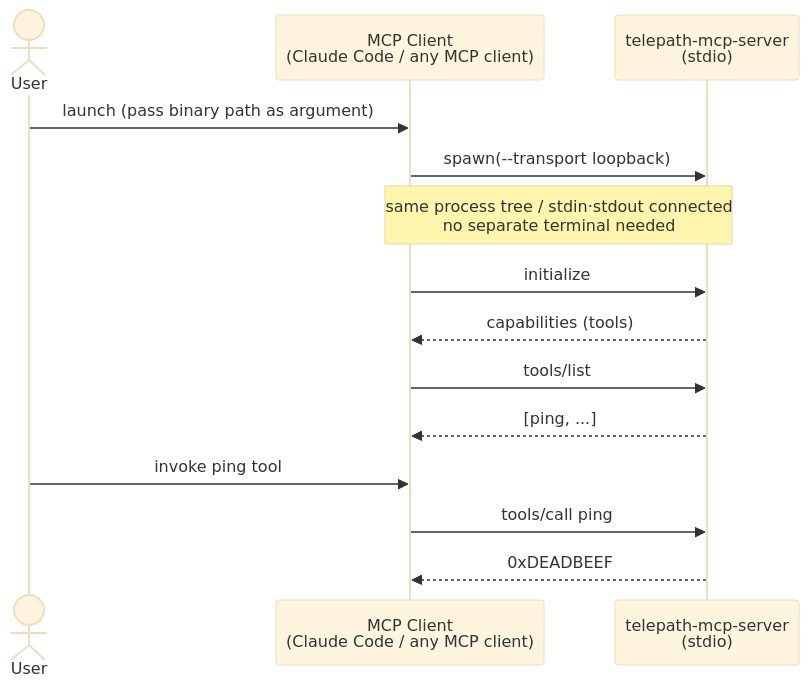
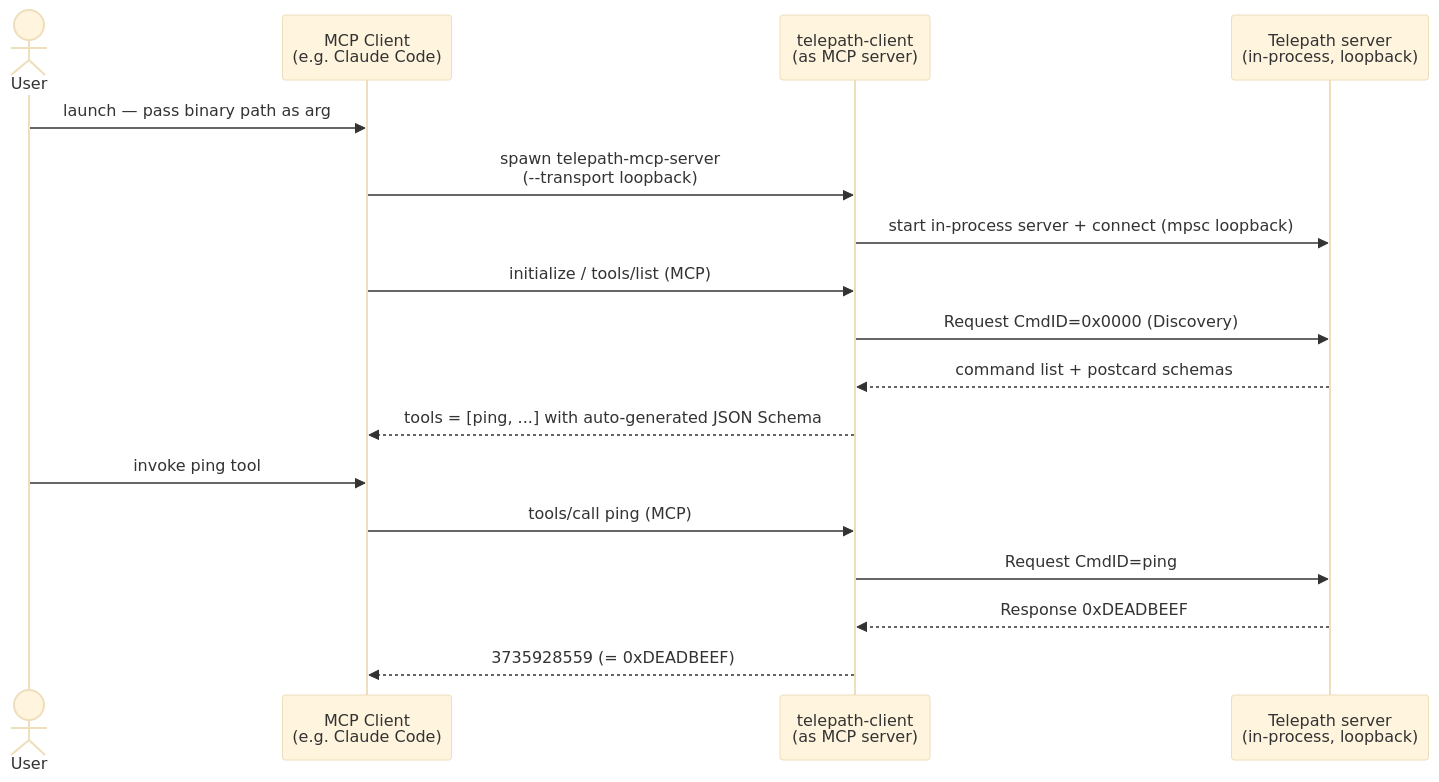
One commit to tarotene/telepath changed the diagram in tools/telepath-mcp-server/README.md. Above: the diagram before and after it, drawn with Mermaid (base theme). The commit also changed other lines of this file, not shown here.

Commit message:
docs(mcp): expand Quick start diagram to 3-layer bridge view
Replace the 2-actor sequence diagram (MCP Client ↔ telepath-mcp-server) with a
3-participant version that exposes the bridge structure: MCP Client communicates
with a telepath-client acting as an MCP server, which in turn drives an in-process
Telepath server over mpsc loopback.

The Discovery round-trip (CmdID=0x0000) is now visible alongside the tool-call
round-trip, making "zero hand-written tool descriptors" immediately legible.

Surrounding prose is tightened to one paragraph + two cross-references (root
README "Agent-ready by design" for protocol context; docs/mcp-integration.md for
module layout and encoding contract) to avoid triple-documenting the same
architecture.

````diff
--- a/tools/telepath-mcp-server/README.md
+++ b/tools/telepath-mcp-server/README.md
@@ -12,17 +19,20 @@
 ```mermaid
 sequenceDiagram
     actor User
-    participant Client as MCP Client<br/>(Claude Code / any MCP client)
-    participant Server as telepath-mcp-server<br/>(stdio)
+    participant MC as MCP Client<br/>(e.g. Claude Code)
+    participant Bridge as telepath-client<br/>(as MCP server)
+    participant TS as Telepath server<br/>(in-process, loopback)
 
-    User->>Client: launch (pass binary path as argument)
-    Client->>Server: spawn(--transport loopback)
-    Note over Client,Server: same process tree / stdin·stdout connected<br/>no separate terminal needed
-    Client->>Server: initialize
-    Server-->>Client: capabilities (tools)
-    Client->>Server: tools/list
-    Server-->>Client: [ping, ...]
-    User->>Client: invoke ping tool
-    Client->>Server: tools/call ping
-    Server-->>Client: 0xDEADBEEF
+    User->>MC: launch — pass binary path as arg
+    MC->>Bridge: spawn telepath-mcp-server<br/>(--transport loopback)
+    Bridge->>TS: start in-process server + connect (mpsc loopback)
+    MC->>Bridge: initialize / tools/list (MCP)
+    Bridge->>TS: Request CmdID=0x0000 (Discovery)
+    TS-->>Bridge: command list + postcard schemas
+    Bridge-->>MC: tools = [ping, ...] with auto-generated JSON Schema
+    User->>MC: invoke ping tool
+    MC->>Bridge: tools/call ping (MCP)
+    Bridge->>TS: Request CmdID=ping
+    TS-->>Bridge: Response 0xDEADBEEF
+    Bridge-->>MC: 3735928559 (= 0xDEADBEEF)
 ```
````
